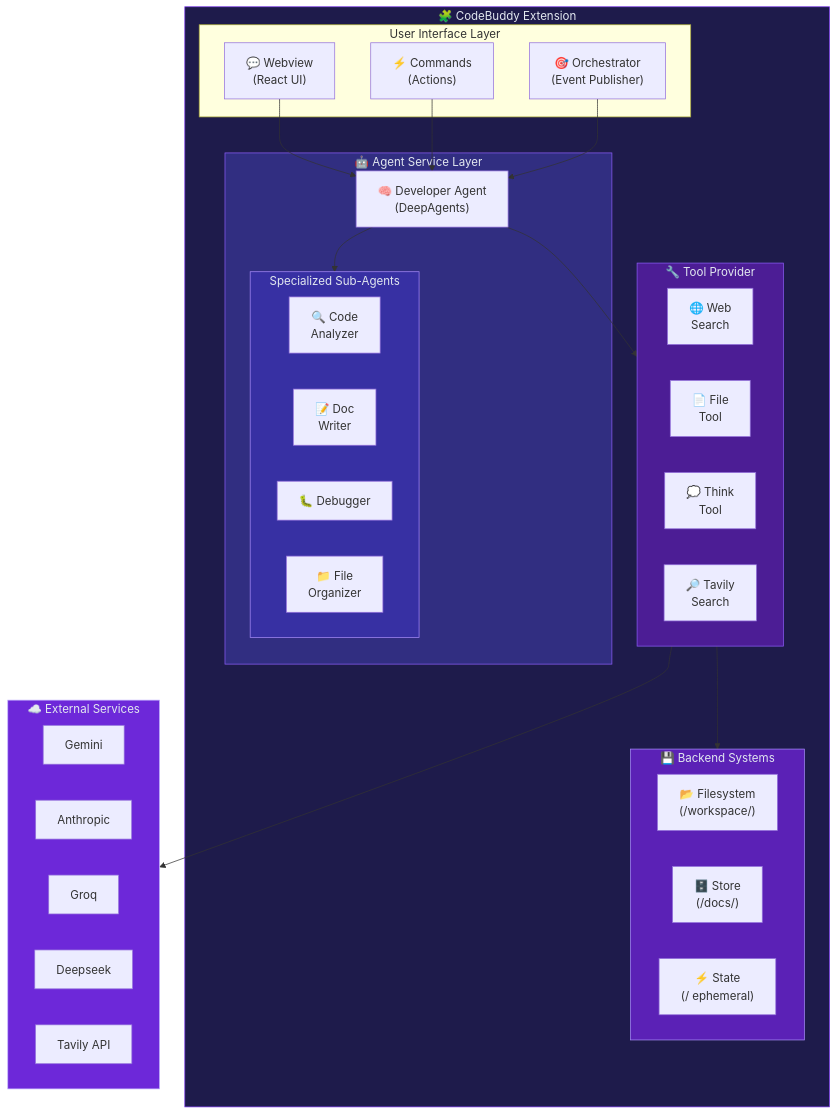
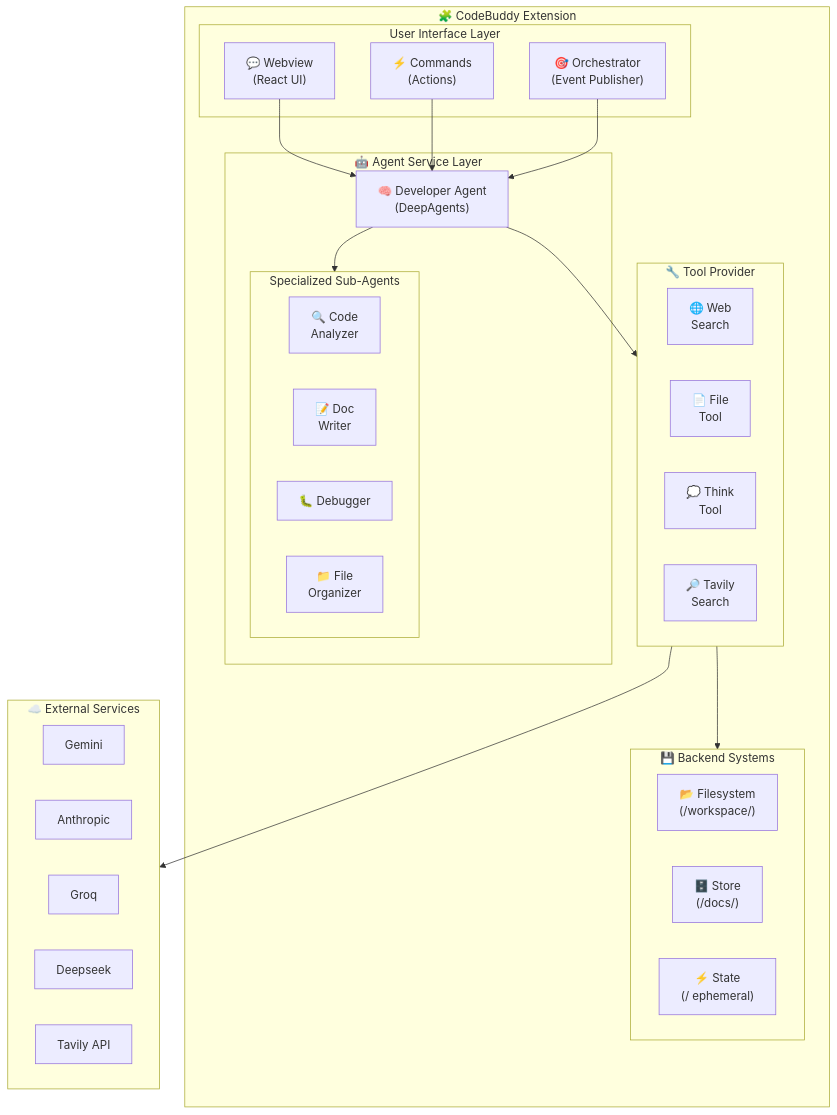
One commit to olasunkanmi-SE/codebuddy changed the diagram in README.md. Above: the diagram before and after it, drawn with Mermaid.

Commit message:
Remove style definitions from README.md
Removed style definitions for various components in the README.

````diff
--- a/README.md
+++ b/README.md
@@ -25,59 +25,52 @@
 ```mermaid
 flowchart TB
     subgraph Extension["🧩 CodeBuddy Extension"]
         subgraph UI["User Interface Layer"]
             Webview["💬 Webview<br/>(React UI)"]
             Commands["⚡ Commands<br/>(Actions)"]
             Orchestrator["🎯 Orchestrator<br/>(Event Publisher)"]
         end
         
         subgraph AgentLayer["🤖 Agent Service Layer"]
             DeveloperAgent["🧠 Developer Agent<br/>(DeepAgents)"]
             
             subgraph SubAgents["Specialized Sub-Agents"]
                 CodeAnalyzer["🔍 Code<br/>Analyzer"]
                 DocWriter["📝 Doc<br/>Writer"]
                 Debugger["🐛 Debugger"]
                 FileOrganizer["📁 File<br/>Organizer"]
             end
         end
         
         subgraph Tools["🔧 Tool Provider"]
             WebSearch["🌐 Web<br/>Search"]
             FileTool["📄 File<br/>Tool"]
             ThinkTool["💭 Think<br/>Tool"]
             TavilySearch["🔎 Tavily<br/>Search"]
         end
         
         subgraph Backends["💾 Backend Systems"]
             Filesystem["📂 Filesystem<br/>(/workspace/)"]
             Store["🗄️ Store<br/>(/docs/)"]
             State["⚡ State<br/>(/ ephemeral)"]
         end
     end
     
     subgraph External["☁️ External Services"]
         Gemini["Gemini"]
         Anthropic["Anthropic"]
         Groq["Groq"]
         Deepseek["Deepseek"]
         Tavily["Tavily API"]
     end
     
     Webview --> DeveloperAgent
     Commands --> DeveloperAgent
     Orchestrator --> DeveloperAgent
     
     DeveloperAgent --> SubAgents
     DeveloperAgent --> Tools
     
     Tools --> Backends
     Tools --> External
-    
-    style Extension fill:#1e1b4b,stroke:#7c3aed,color:#e2e8f0
-    style AgentLayer fill:#312e81,stroke:#8b5cf6,color:#e2e8f0
-    style SubAgents fill:#3730a3,stroke:#a78bfa,color:#e2e8f0
-    style Tools fill:#4c1d95,stroke:#8b5cf6,color:#e2e8f0
-    style Backends fill:#5b21b6,stroke:#a78bfa,color:#e2e8f0
-    style External fill:#6d28d9,stroke:#c4b5fd,color:#e2e8f0
 ```
````
